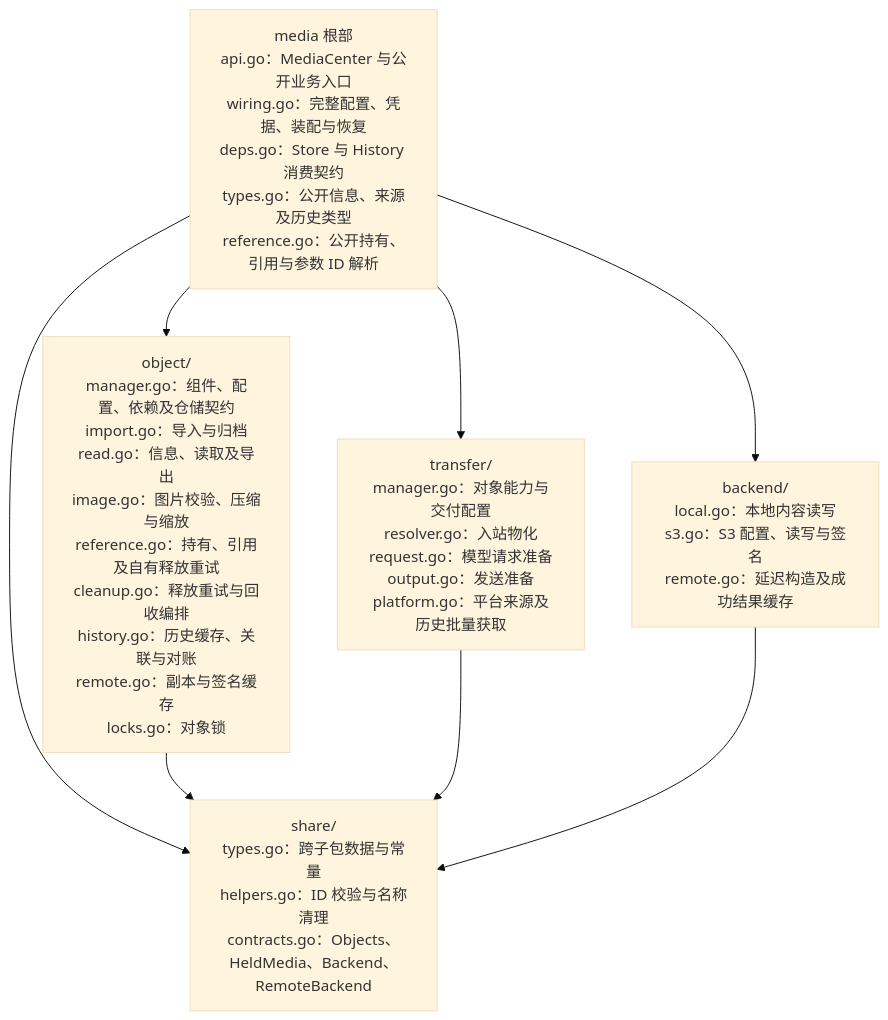
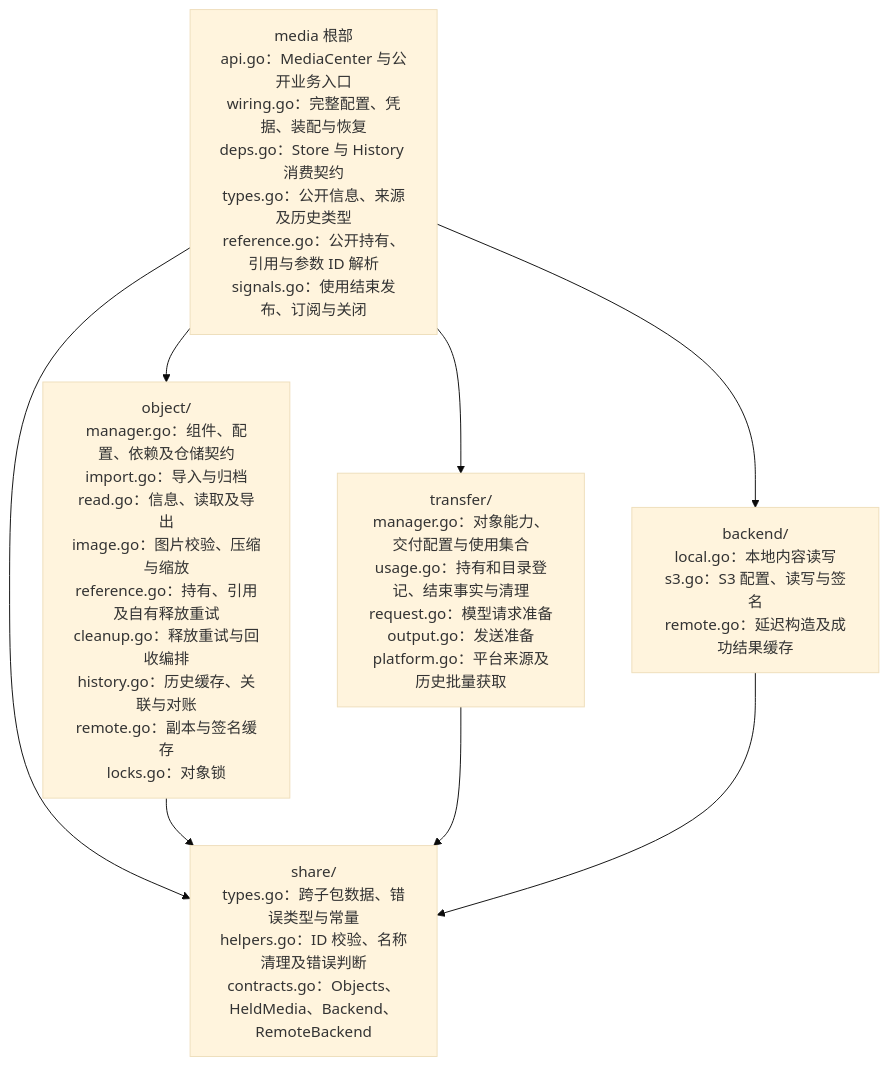
One commit to Elflare/elbot changed the second of 5 diagrams in devdocs/app-design.md. Above: the diagram before and after it, drawn with Mermaid (base theme). The commit also changed other lines of this file and 145 other files, not shown here.

Commit message:
refactor media center: step 6

````diff
--- a/devdocs/app-design.md
+++ b/devdocs/app-design.md
@@ -108,15 +108,15 @@
 ```mermaid
 flowchart TB
-    R["media 根部<br/>api.go：MediaCenter 与公开业务入口<br/>wiring.go：完整配置、凭据、装配与恢复<br/>deps.go：Store 与 History 消费契约<br/>types.go：公开信息、来源及历史类型<br/>reference.go：公开持有、引用与参数 ID 解析"]
+    R["media 根部<br/>api.go：MediaCenter 与公开业务入口<br/>wiring.go：完整配置、凭据、装配与恢复<br/>deps.go：Store 与 History 消费契约<br/>types.go：公开信息、来源及历史类型<br/>reference.go：公开持有、引用与参数 ID 解析<br/>signals.go：使用结束发布、订阅与关闭"]
     O["object/<br/>manager.go：组件、配置、依赖及仓储契约<br/>import.go：导入与归档<br/>read.go：信息、读取及导出<br/>image.go：图片校验、压缩与缩放<br/>reference.go：持有、引用及自有释放重试<br/>cleanup.go：释放重试与回收编排<br/>history.go：历史缓存、关联与对账<br/>remote.go：副本与签名缓存<br/>locks.go：对象锁"]
-    T["transfer/<br/>manager.go：对象能力与交付配置<br/>resolver.go：入站物化<br/>request.go：模型请求准备<br/>output.go：发送准备<br/>platform.go：平台来源及历史批量获取"]
+    T["transfer/<br/>manager.go：对象能力、交付配置与使用集合<br/>usage.go：持有和目录登记、结束事实与清理<br/>request.go：模型请求准备<br/>output.go：发送准备<br/>platform.go：平台来源及历史批量获取"]
     B["backend/<br/>local.go：本地内容读写<br/>s3.go：S3 配置、读写与签名<br/>remote.go：延迟构造及成功结果缓存"]
-    S["share/<br/>types.go：跨子包数据与常量<br/>helpers.go：ID 校验与名称清理<br/>contracts.go：Objects、HeldMedia、Backend、RemoteBackend"]
+    S["share/<br/>types.go：跨子包数据、错误类型与常量<br/>helpers.go：ID 校验、名称清理及错误判断<br/>contracts.go：Objects、HeldMedia、Backend、RemoteBackend"]
     R --> O
     R --> T
     R --> B
     R --> S
     O --> S
     T --> S
     B --> S
 ```
````
